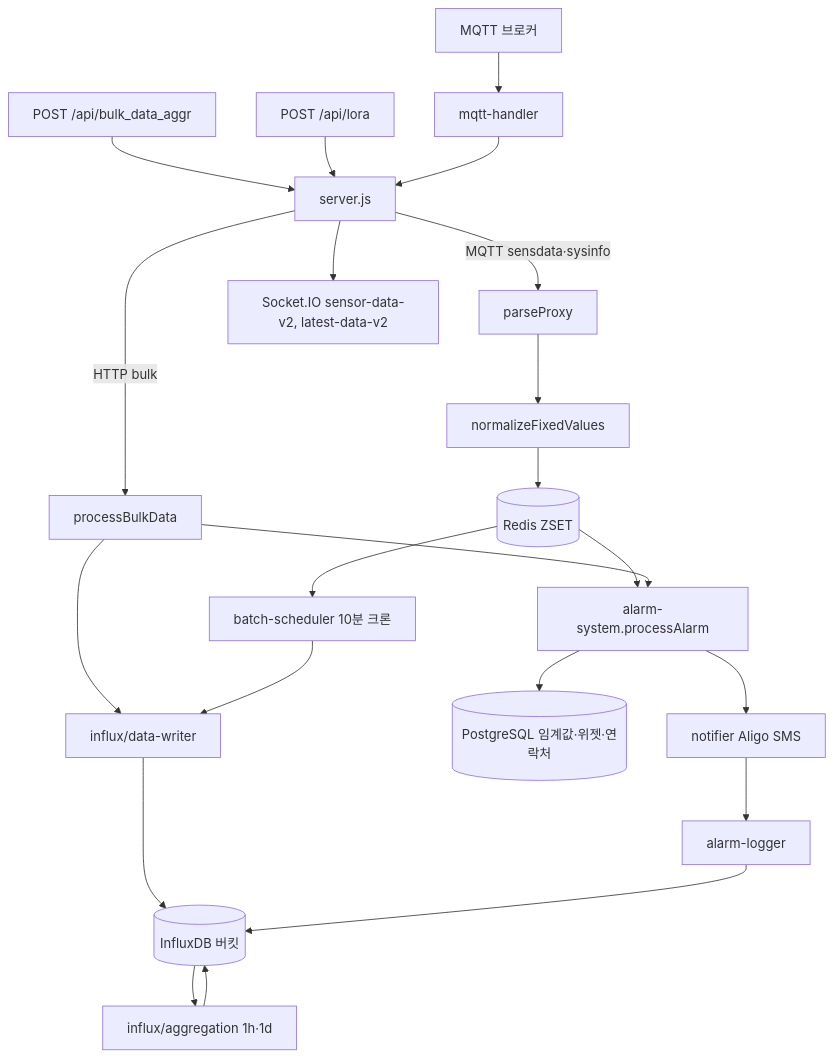
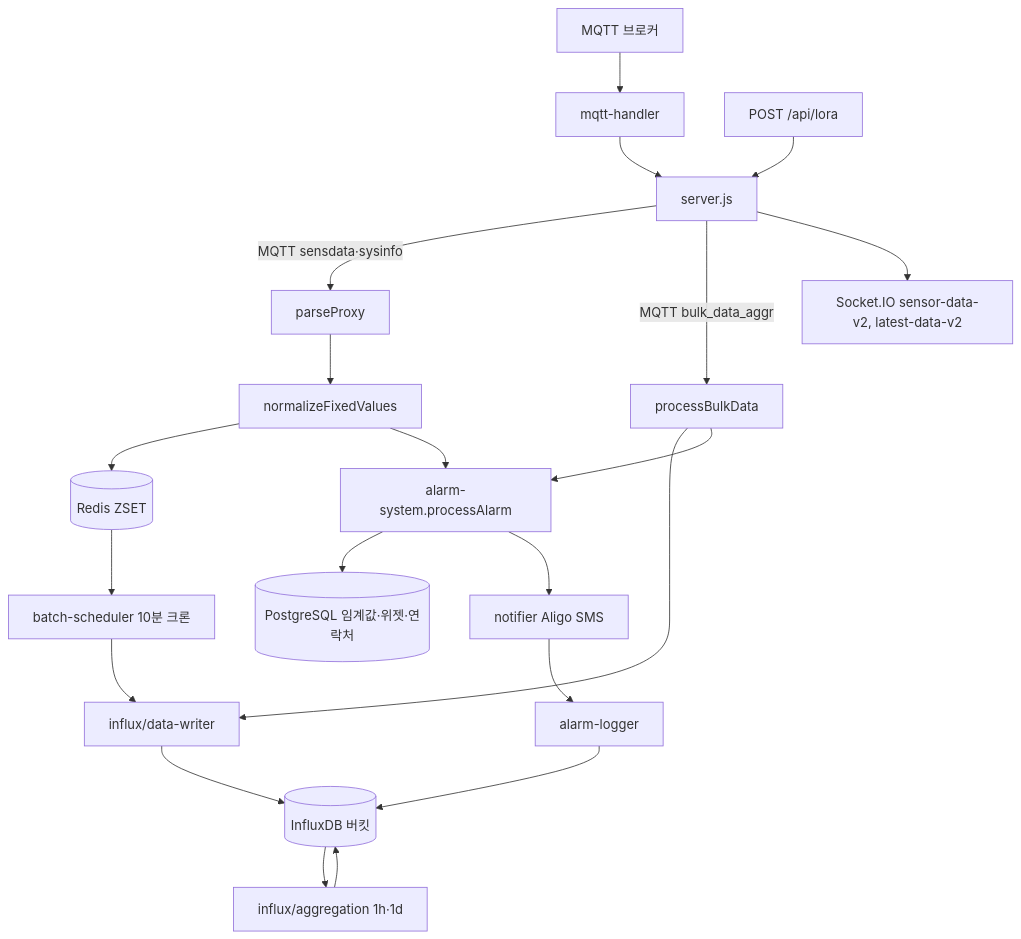
Before and after one commit to inbm-company/geoverse--: the first of 3 diagrams in server/undefined-2.md, drawn with Mermaid. The commit also changed other lines of this file, not shown here.

````diff
--- a/server/undefined-2.md
+++ b/server/undefined-2.md
@@ -13,27 +13,26 @@
 ```mermaid
 flowchart TB
     MQTT["MQTT 브로커"] --> MH["mqtt-handler"]
-    HTTP_BULK["POST /api/bulk_data_aggr"] --> SRV
     HTTP_LORA["POST /api/lora"] --> SRV
     MH --> SRV["server.js"]
 
     SRV -->|MQTT sensdata·sysinfo| PP[parseProxy]
-    SRV -->|HTTP bulk| PB[processBulkData]
+    SRV -->|MQTT bulk_data_aggr| PB[processBulkData]
 
     PP --> FIX[normalizeFixedValues]
     FIX --> RD[(Redis ZSET)]
+    FIX --> AL[alarm-system.processAlarm]
     PB --> IW[influx/data-writer]
 
     RD --> BS[batch-scheduler 10분 크론] --> IW
     IW --> INF[(InfluxDB 버킷)]
     INF --> AGG[influx/aggregation 1h·1d]
     AGG --> INF
 
-    RD --> AL[alarm-system.processAlarm]
     PB --> AL
     AL --> PG[(PostgreSQL 임계값·위젯·연락처)]
     AL --> NT[notifier Aligo SMS]
     NT --> LOG[alarm-logger] --> INF
 
     SRV --> WS["Socket.IO sensor-data-v2, latest-data-v2"]
 ```
````
